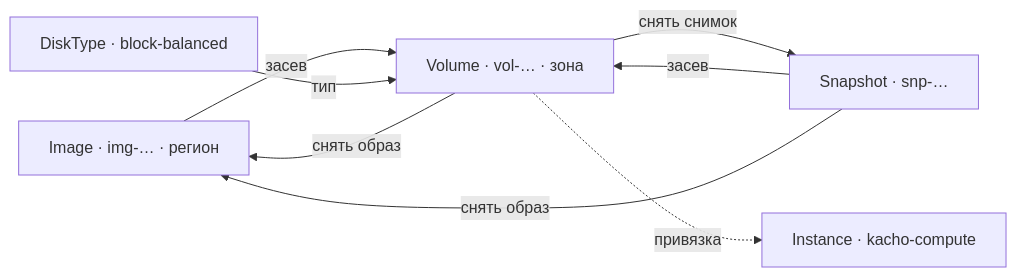
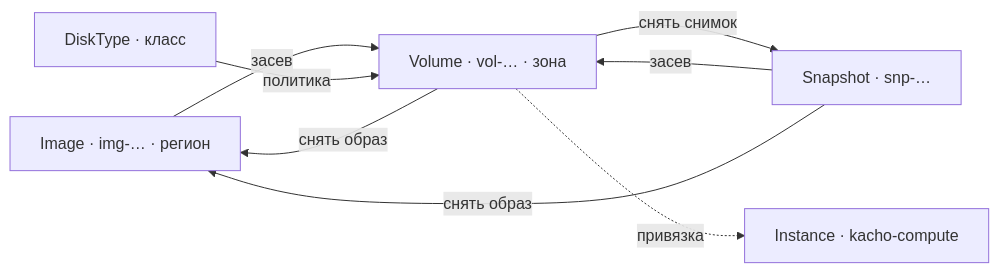
The diagram in services/storage/docs/content/intro.mdx (PRO-Robotech/kacho), drawn with Mermaid before and after one commit. The commit also changed other lines of this file and 66 other files, not shown here.

````diff
--- a/services/storage/docs/content/intro.mdx
+++ b/services/storage/docs/content/intro.mdx
@@ -41,10 +46,10 @@
 ```mermaid
 graph LR
   I[Image · img-… · регион] -->|засев| V[Volume · vol-… · зона]
   S[Snapshot · snp-…] -->|засев| V
   V -->|снять снимок| S
   V -->|снять образ| I
   S -->|снять образ| I
   V -.->|привязка| M[Instance · kacho-compute]
-  DT[DiskType · block-balanced] -->|тип| V
+  DT[DiskType · класс] -->|политика| V
 ```
````
